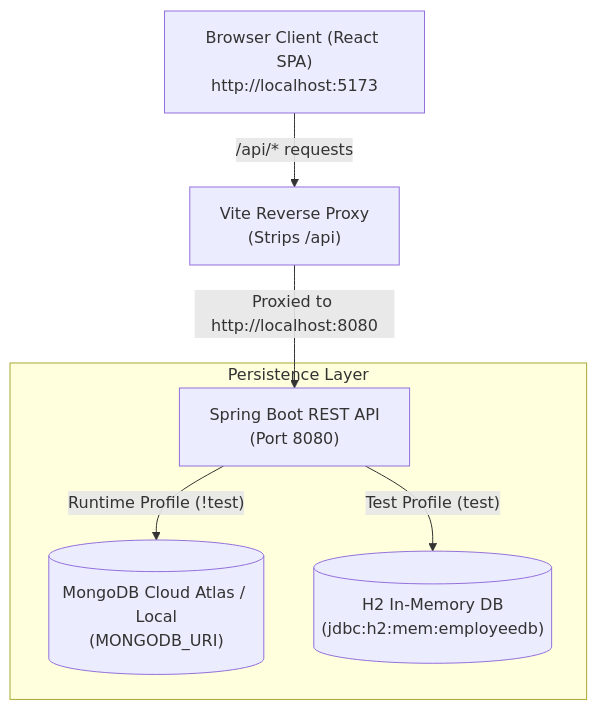
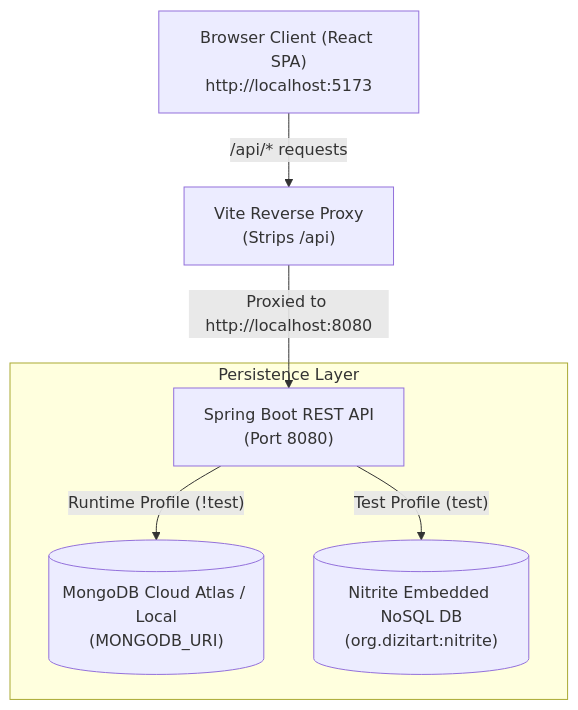
One commit to hiddenstar1000/employee-management changed the diagram in README.md. Above: the diagram before and after it, drawn with Mermaid. The commit also changed other lines of this file and 9 other files, not shown here.

````diff
--- a/README.md
+++ b/README.md
@@ -21,10 +21,10 @@
 ```mermaid
 graph TD
     Client["Browser Client (React SPA)\nhttp://localhost:5173"] -->|"/api/* requests"| ViteProxy["Vite Reverse Proxy\n(Strips /api)"]
     ViteProxy -->|"Proxied to http://localhost:8080"| SpringAPI["Spring Boot REST API\n(Port 8080)"]
     
     subgraph Persistence Layer
         SpringAPI -->|"Runtime Profile (!test)"| MongoBD[("MongoDB Cloud Atlas / Local\n(MONGODB_URI)")]
-        SpringAPI -->|"Test Profile (test)"| H2DB[("H2 In-Memory DB\n(jdbc:h2:mem:employeedb)")]
+        SpringAPI -->|"Test Profile (test)"| NitriteDB[("Nitrite Embedded NoSQL DB\n(org.dizitart:nitrite)")]
     end
 ```
````
